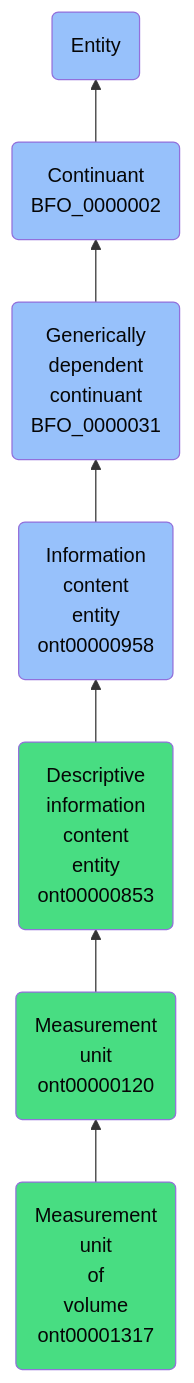
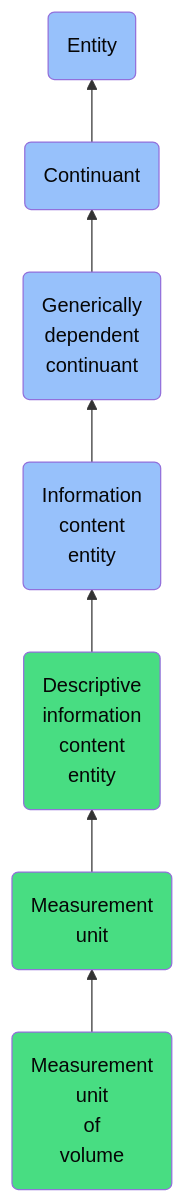
The diagram in docs/ontology/reference/model/Entity/Continuant/Generically dependent continuant/Information content entity/Descriptive information content entity/Measurement unit/Measurement unit of volume/Measurement unit of volume.md (jupyter-naas/abi), drawn with Mermaid before and after one commit. The commit also changed other lines of this file and 1430 other files, not shown here.

````diff
--- a/docs/ontology/reference/model/Entity/Continuant/Generically dependent continuant/Information content entity/Descriptive information content entity/Measurement unit/Measurement unit of volume/Measurement unit of volume.md
+++ b/docs/ontology/reference/model/Entity/Continuant/Generically dependent continuant/Information content entity/Descriptive information content entity/Measurement unit/Measurement unit of volume/Measurement unit of volume.md
@@ -24,14 +24,14 @@
 ```mermaid
 graph BT
-    ont00001317(Measurement<br>unit<br>of<br>volume<br>ont00001317):::ABI-->ont00000120
-    ont00000120(Measurement<br>unit<br>ont00000120):::ABI-->ont00000853
-    ont00000853(Descriptive<br>information<br>content<br>entity<br>ont00000853):::ABI-->ont00000958
-    ont00000958(Information<br>content<br>entity<br>ont00000958):::BFO-->BFO_0000031
-    BFO_0000031(Generically<br>dependent<br>continuant<br>BFO_0000031):::BFO-->BFO_0000002
-    BFO_0000002(Continuant<br>BFO_0000002):::BFO-->BFO_0000001
+    ont00001317(Measurement<br>unit<br>of<br>volume):::ABI-->ont00000120
+    ont00000120(Measurement<br>unit):::ABI-->ont00000853
+    ont00000853(Descriptive<br>information<br>content<br>entity):::ABI-->ont00000958
+    ont00000958(Information<br>content<br>entity):::BFO-->BFO_0000031
+    BFO_0000031(Generically<br>dependent<br>continuant):::BFO-->BFO_0000002
+    BFO_0000002(Continuant):::BFO-->BFO_0000001
     BFO_0000001(Entity):::BFO
     
     classDef BFO fill:#97c1fb,color:#060606
     classDef CCO fill:#e4c51e,color:#060606
     classDef ABI fill:#48DD82,color:#060606
 ```
````
